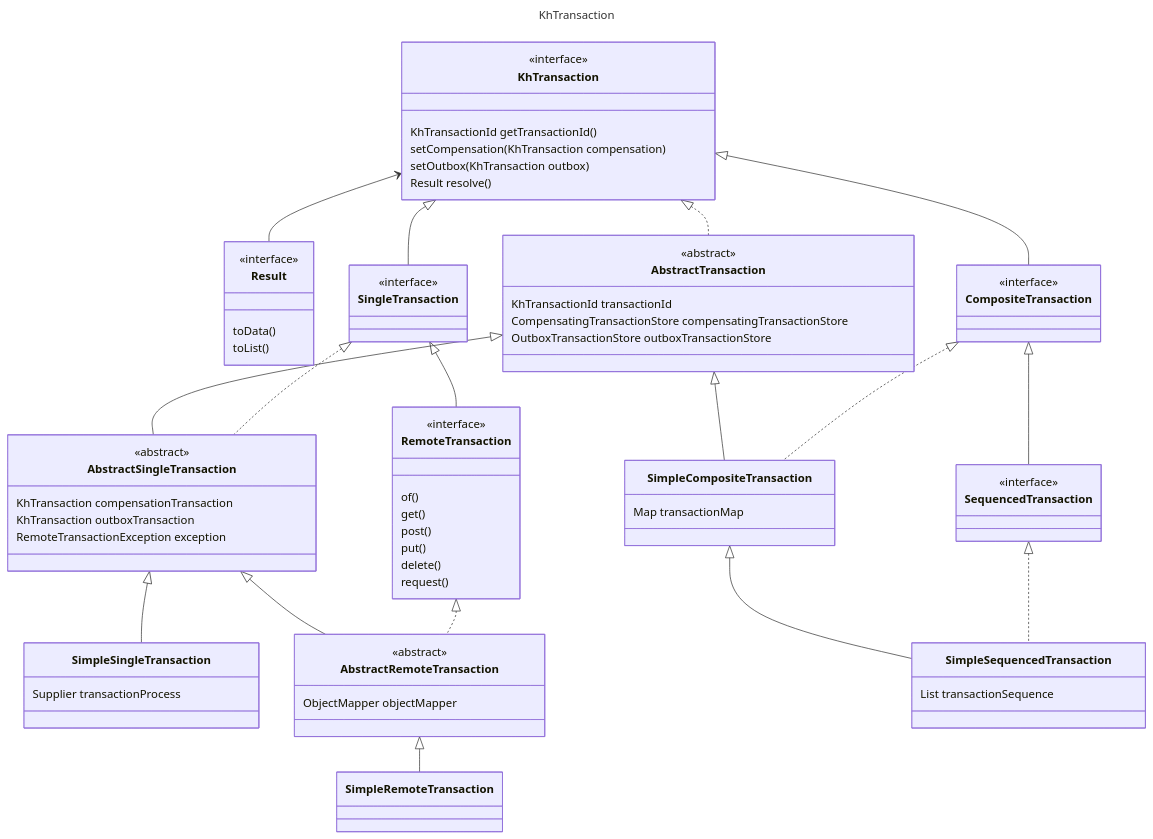
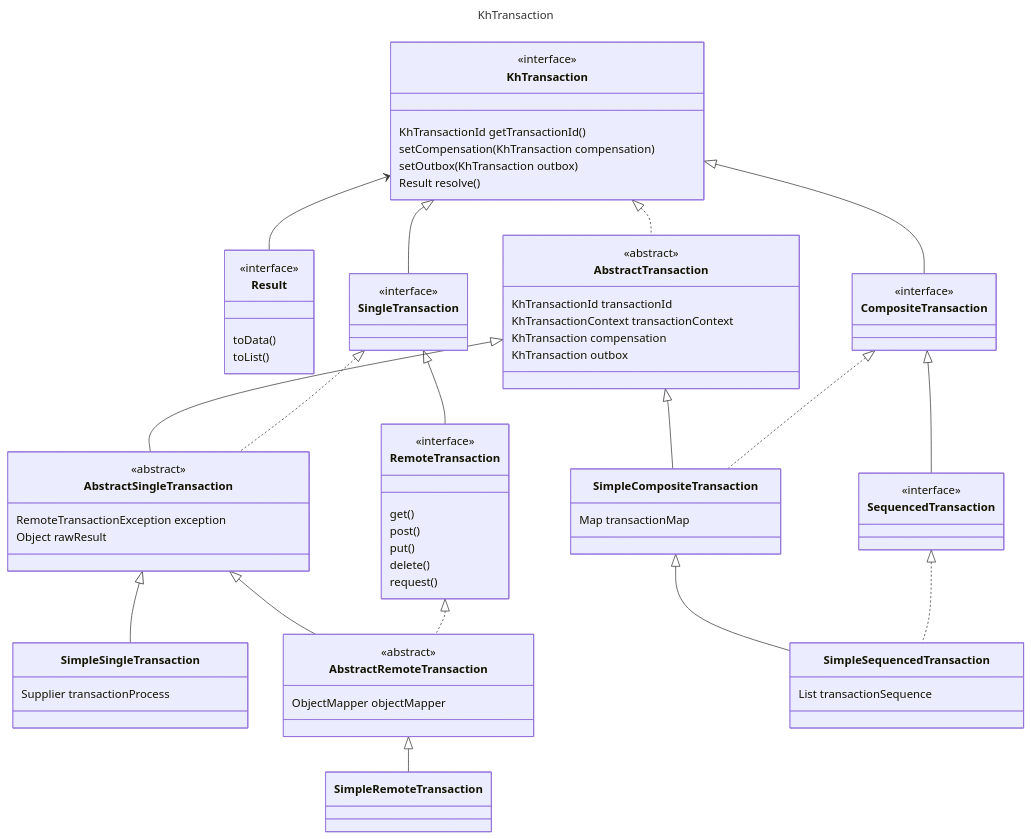
The first of 4 diagrams in README.md (keyhub-projects/distributed-transaction-kit), drawn with Mermaid before and after one commit. The commit also changed other lines of this file and 17 other files, not shown here.

```diff
--- a/README.md
+++ b/README.md
@@ -21,22 +22,21 @@
     
     class AbstractTransaction {
         KhTransactionId transactionId
-        CompensatingTransactionStore compensatingTransactionStore
-        OutboxTransactionStore outboxTransactionStore
+        KhTransactionContext transactionContext
+        KhTransaction compensation
+        KhTransaction outbox
     }
     <<abstract>> AbstractTransaction
     KhTransaction <|.. AbstractTransaction
     
     class SingleTransaction {
-        
     }
     <<interface>> SingleTransaction
     KhTransaction <|-- SingleTransaction
     
     class AbstractSingleTransaction {
-        KhTransaction compensationTransaction
-        KhTransaction outboxTransaction
         RemoteTransactionException exception
+        Object rawResult
     }
     <<abstract>> AbstractSingleTransaction
     SingleTransaction <|.. AbstractSingleTransaction
@@ -49,7 +49,6 @@
     
     
     class RemoteTransaction {
-        of()
         get()
         post()
         put()
```
